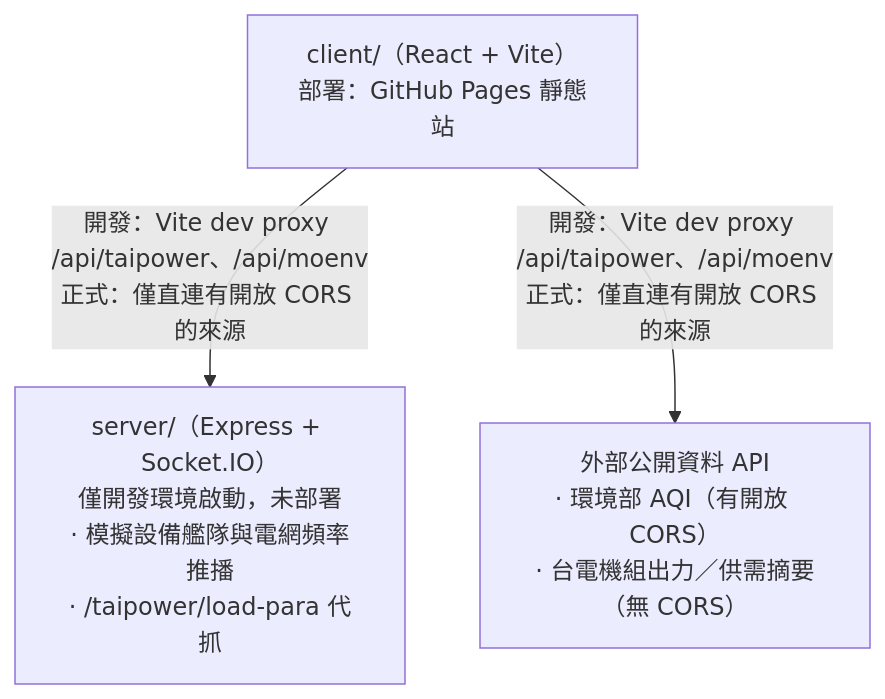
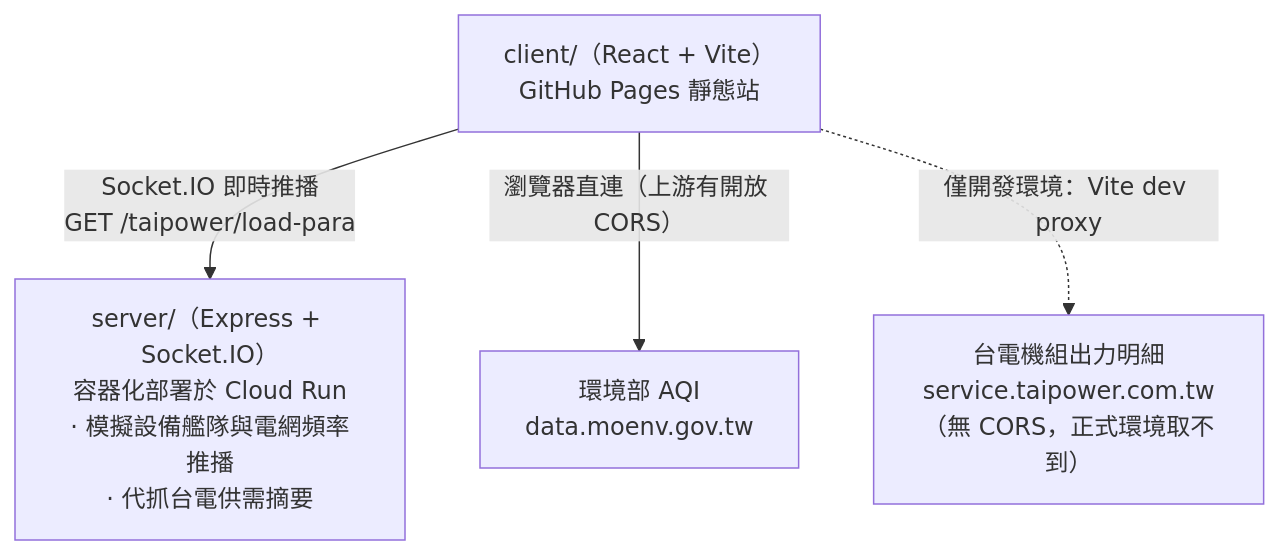
One commit to usyuan/eco-grid-ems changed the first of 2 diagrams in README.md. Above: the diagram before and after it, drawn with Mermaid. The commit also changed other lines of this file and 16 other files, not shown here.

First line of the commit message:
後端容器化並經 Cloud Build 部署到 Cloud Run

````diff
--- a/README.md
+++ b/README.md
@@ -20,8 +20,11 @@
 ```mermaid
 flowchart TB
-    A["client/（React + Vite）<br/>部署：GitHub Pages 靜態站"]
-    A -->|"開發：Vite dev proxy /api/taipower、/api/moenv<br/>正式：僅直連有開放 CORS 的來源"| B & C
+    A["client/（React + Vite）<br/>GitHub Pages 靜態站"]
+    A -->|"Socket.IO 即時推播<br/>GET /taipower/load-para"| B
+    A -->|"瀏覽器直連（上游有開放 CORS）"| C
+    A -.->|"僅開發環境：Vite dev proxy"| D
 
-    B["server/（Express + Socket.IO）<br/>僅開發環境啟動，未部署<br/>· 模擬設備艦隊與電網頻率推播<br/>· /taipower/load-para 代抓"]
-    C["外部公開資料 API<br/>· 環境部 AQI（有開放 CORS）<br/>· 台電機組出力／供需摘要（無 CORS）"]
+    B["server/（Express + Socket.IO）<br/>容器化部署於 Cloud Run<br/>· 模擬設備艦隊與電網頻率推播<br/>· 代抓台電供需摘要"]
+    C["環境部 AQI<br/>data.moenv.gov.tw"]
+    D["台電機組出力明細<br/>service.taipower.com.tw<br/>（無 CORS，正式環境取不到）"]
 ```
````
